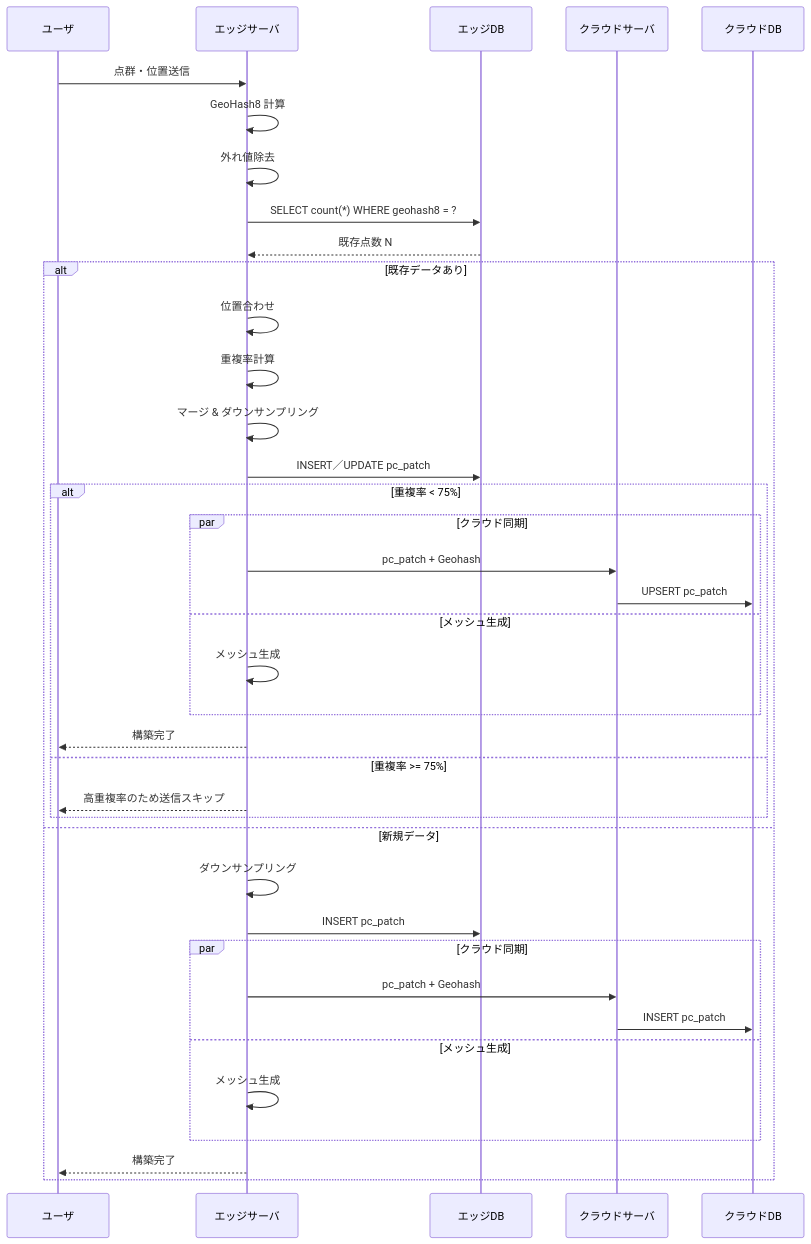
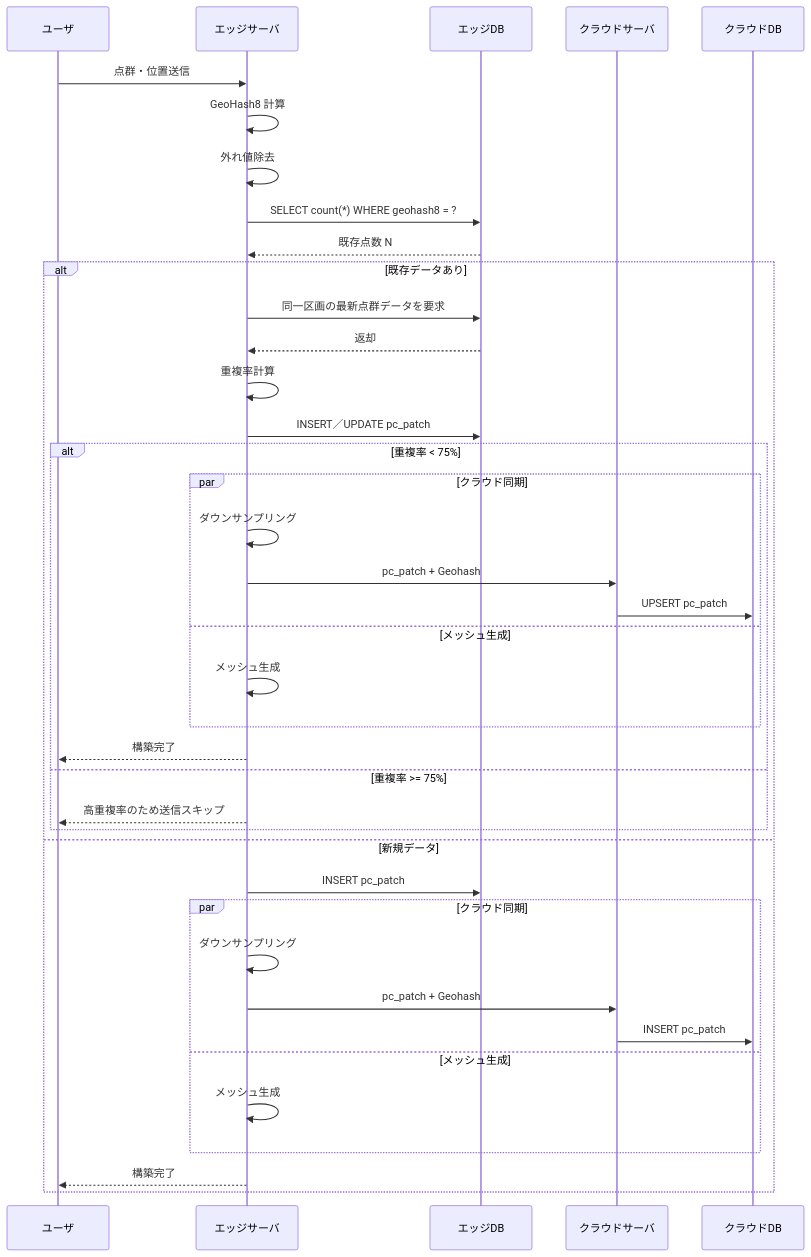
Before and after one commit to yoyo1025/laboratory: the diagram in system-design/detail-construction.md, drawn with Mermaid.

Commit message:
fix: 修正

````diff
--- a/system-design/detail-construction.md
+++ b/system-design/detail-construction.md
@@ -1,45 +1,46 @@
 ```mermaid
 sequenceDiagram
     participant User        as ユーザ
     participant EdgeSrv    as エッジサーバ
     participant EdgeDB      as エッジDB
     participant CloudSrv    as クラウドサーバ
     participant CloudDB     as クラウドDB
 
     User->>EdgeSrv: 点群・位置送信
 
     EdgeSrv->>EdgeSrv: GeoHash8 計算
     EdgeSrv->>EdgeSrv: 外れ値除去
 
     EdgeSrv->>EdgeDB: SELECT count(*) WHERE geohash8 = ?
     EdgeDB-->>EdgeSrv: 既存点数 N
 
     alt 既存データあり
-        EdgeSrv->>EdgeSrv: 位置合わせ
+        EdgeSrv->>EdgeDB: 同一区画の最新点群データを要求
+        EdgeDB-->>EdgeSrv: 返却
         EdgeSrv->>EdgeSrv: 重複率計算
-        EdgeSrv->>EdgeSrv: マージ & ダウンサンプリング
         EdgeSrv->>EdgeDB: INSERT／UPDATE pc_patch
 
         alt 重複率 < 75%
             par クラウド同期
+                EdgeSrv->>EdgeSrv: ダウンサンプリング
                 EdgeSrv->>CloudSrv: pc_patch + Geohash
                 CloudSrv->>CloudDB: UPSERT pc_patch
             and メッシュ生成
                 EdgeSrv->>EdgeSrv: メッシュ生成
             end
             EdgeSrv-->>User: 構築完了
         else 重複率 >= 75%
             EdgeSrv-->>User: 高重複率のため送信スキップ
         end
     else 新規データ
-        EdgeSrv->>EdgeSrv: ダウンサンプリング
         EdgeSrv->>EdgeDB: INSERT pc_patch
          par クラウド同期
+                EdgeSrv->>EdgeSrv: ダウンサンプリング
                 EdgeSrv->>CloudSrv: pc_patch + Geohash
                 CloudSrv->>CloudDB: INSERT pc_patch
             and メッシュ生成
                 EdgeSrv->>EdgeSrv: メッシュ生成
             end
         EdgeSrv-->>User: 構築完了
     end
 ```
````
